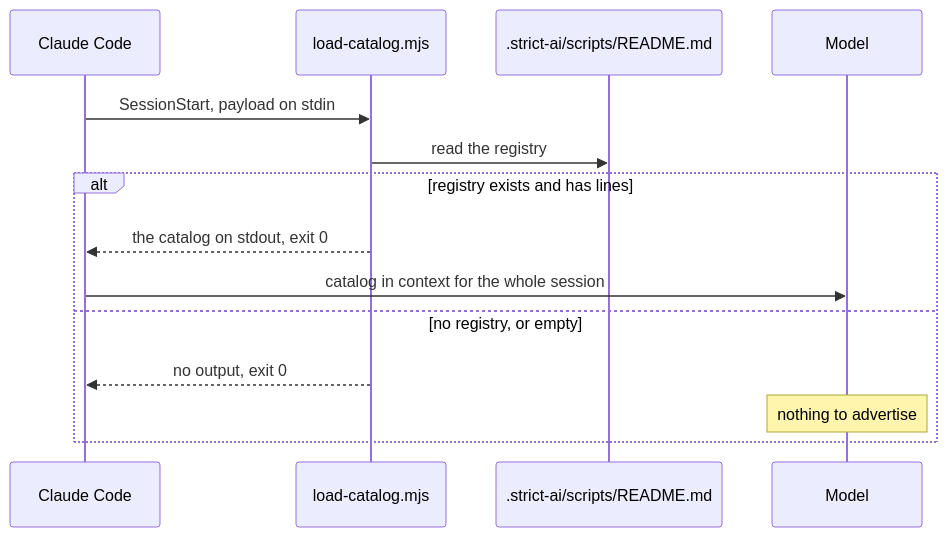
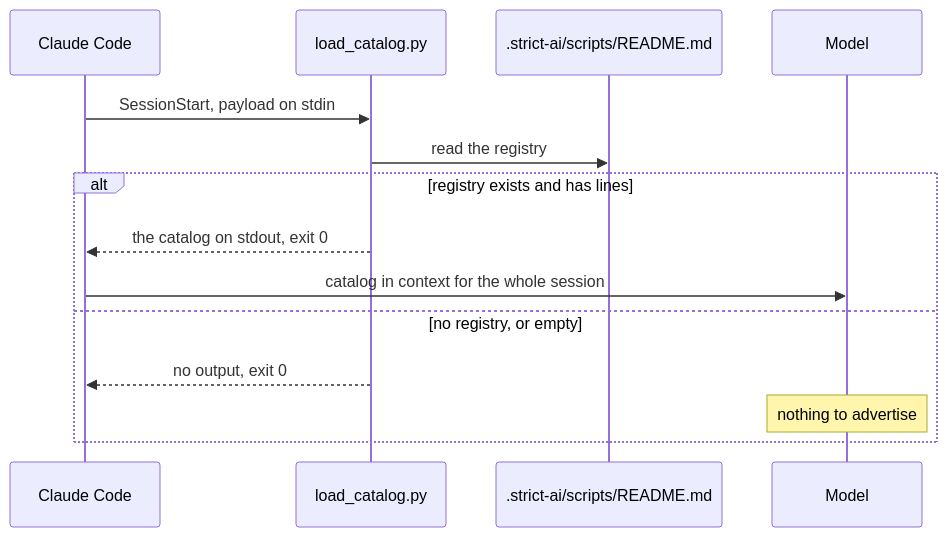
Before and after one commit to Viperwow/strict-ai: the first of 2 diagrams in strict-script-creator/README.md, drawn with Mermaid. The commit also changed other lines of this file and 10 other files, not shown here.

````diff
--- a/strict-script-creator/README.md
+++ b/strict-script-creator/README.md
@@ -20,17 +20,17 @@
 ```mermaid
 sequenceDiagram
     participant CC as Claude Code
-    participant Hook as load-catalog.mjs
+    participant Hook as load_catalog.py
     participant FS as .strict-ai/scripts/README.md
     participant Model
 
     CC->>Hook: SessionStart, payload on stdin
     Hook->>FS: read the registry
     alt registry exists and has lines
         Hook-->>CC: the catalog on stdout, exit 0
         CC->>Model: catalog in context for the whole session
     else no registry, or empty
         Hook-->>CC: no output, exit 0
         Note over Model: nothing to advertise
     end
 ```
````
